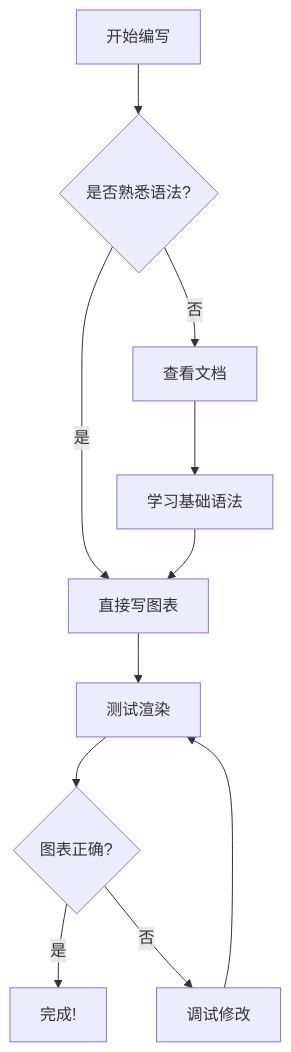
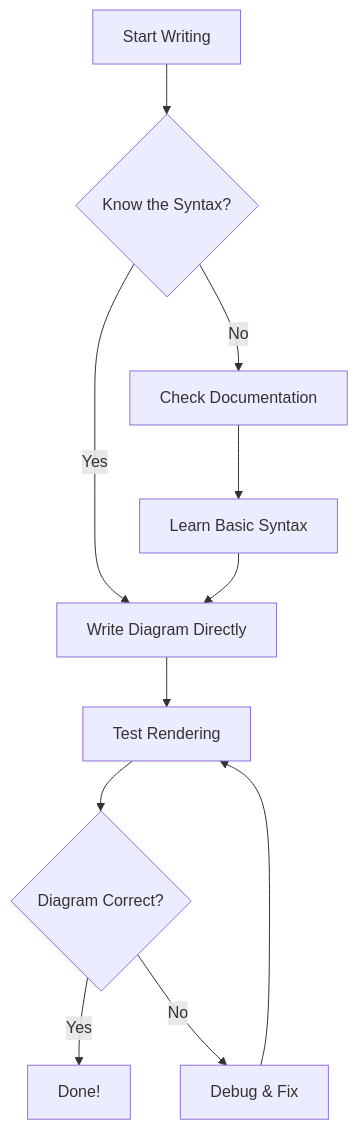
The first of 5 diagrams in content/mermaid-quick-start.mdx (zjy365/zjy365), drawn with Mermaid before and after one commit. The commit also changed other lines of this file and 11 other files, not shown here.

````diff
--- a/content/mermaid-quick-start.mdx
+++ b/content/mermaid-quick-start.mdx
@@ -23,13 +23,13 @@
 ```mermaid
 flowchart TD
-    A[开始编写] --> B{是否熟悉语法?}
-    B -->|是| C[直接写图表]
-    B -->|否| D[查看文档]
-    D --> E[学习基础语法]
+    A[Start Writing] --> B{Know the Syntax?}
+    B -->|Yes| C[Write Diagram Directly]
+    B -->|No| D[Check Documentation]
+    D --> E[Learn Basic Syntax]
     E --> C
-    C --> F[测试渲染]
-    F --> G{图表正确?}
-    G -->|是| H[完成!]
-    G -->|否| I[调试修改]
+    C --> F[Test Rendering]
+    F --> G{Diagram Correct?}
+    G -->|Yes| H[Done!]
+    G -->|No| I[Debug & Fix]
     I --> F
 ```
````
